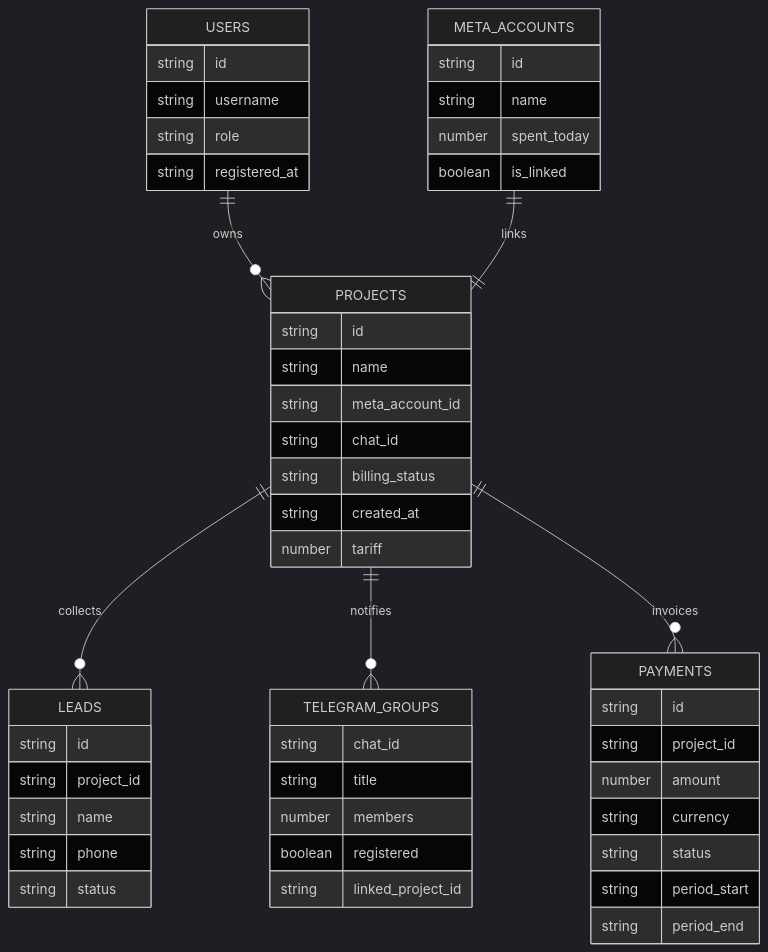
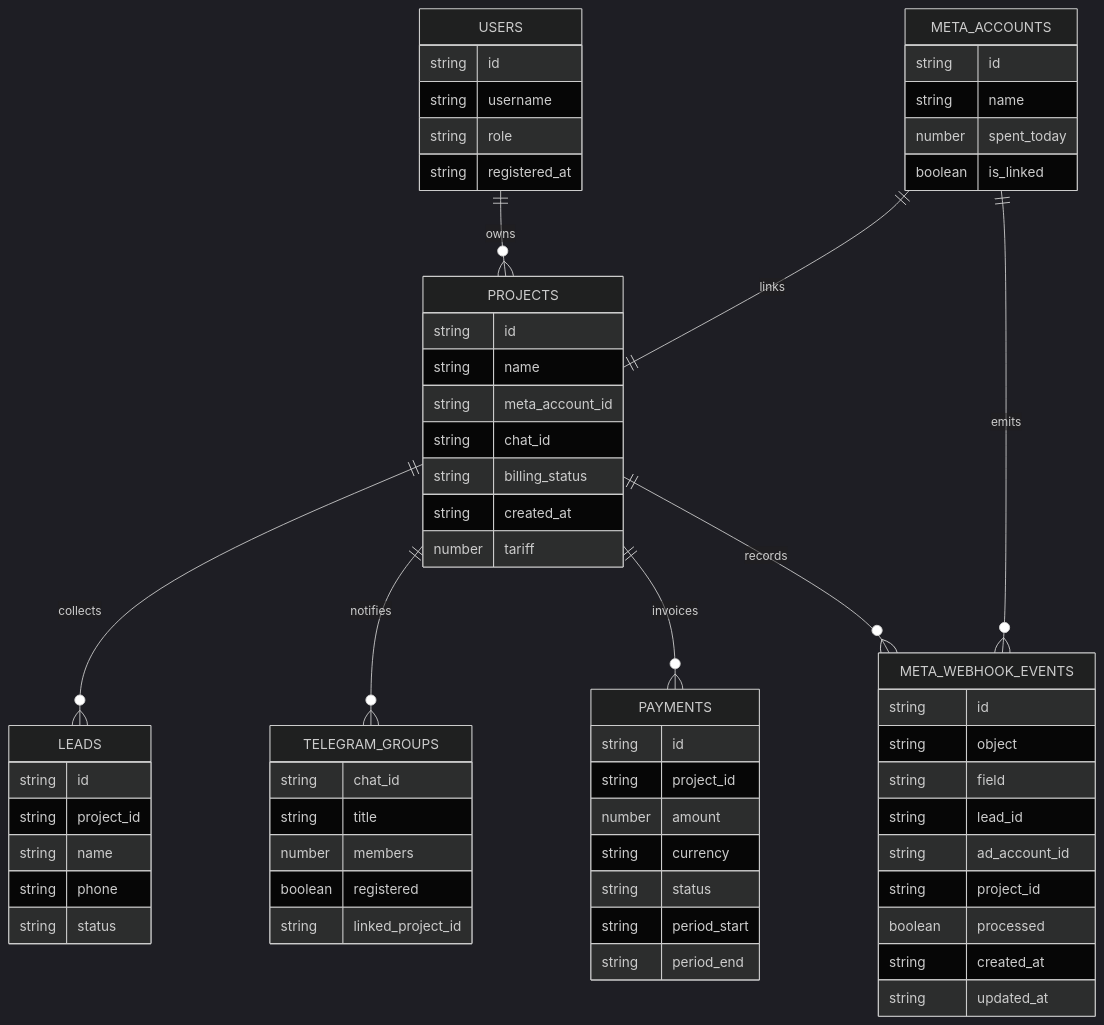
The third of 3 diagrams in README.md (buyclientuz-pixel/targetbot), drawn with Mermaid (dark theme) before and after one commit. The commit also changed other lines of this file and 6 other files, not shown here.

````diff
--- a/README.md
+++ b/README.md
@@ -144,53 +145,66 @@
 ```mermaid
 erDiagram
     USERS ||--o{ PROJECTS : owns
     PROJECTS ||--o{ LEADS : collects
     META_ACCOUNTS ||--|| PROJECTS : links
     PROJECTS ||--o{ TELEGRAM_GROUPS : notifies
     PROJECTS ||--o{ PAYMENTS : invoices
+    META_ACCOUNTS ||--o{ META_WEBHOOK_EVENTS : emits
+    PROJECTS ||--o{ META_WEBHOOK_EVENTS : records
 
     USERS {
         string id
         string username
         string role
         string registered_at
     }
     META_ACCOUNTS {
         string id
         string name
         number spent_today
         boolean is_linked
     }
     PROJECTS {
         string id
         string name
         string meta_account_id
         string chat_id
         string billing_status
         string created_at
         number tariff
     }
     LEADS {
         string id
         string project_id
         string name
         string phone
         string status
     }
     TELEGRAM_GROUPS {
         string chat_id
         string title
         number members
         boolean registered
         string linked_project_id
     }
     PAYMENTS {
         string id
         string project_id
         number amount
         string currency
         string status
         string period_start
         string period_end
     }
+    META_WEBHOOK_EVENTS {
+        string id
+        string object
+        string field
+        string lead_id
+        string ad_account_id
+        string project_id
+        boolean processed
+        string created_at
+        string updated_at
+    }
 ```
````
